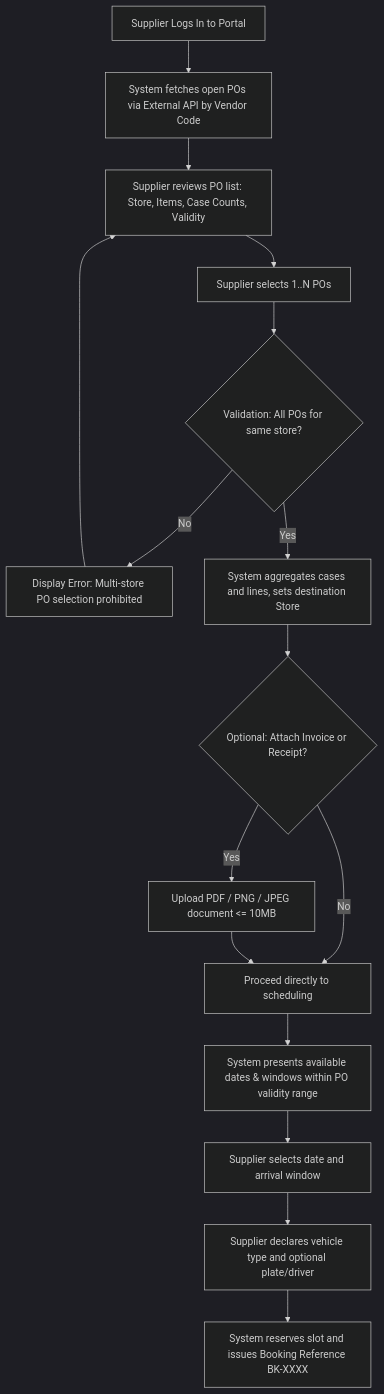
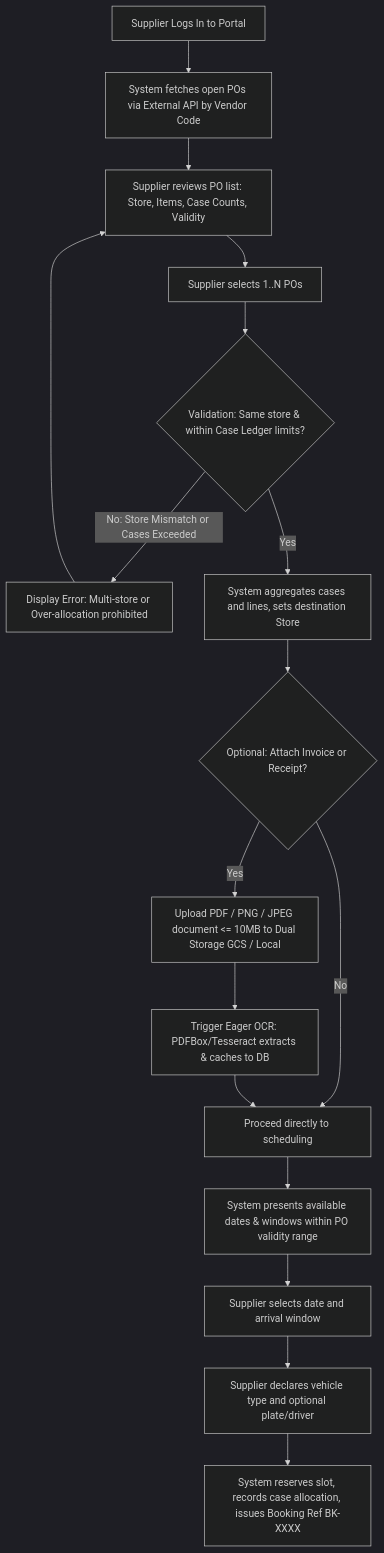
The first of 9 diagrams in docs/VendorLane_PRD_v1.0.md (mikegarcia8748/vendorlane-backend), drawn with Mermaid (dark theme) before and after one commit. The commit also changed other lines of this file, not shown here.

Commit message:
Update VendorLane PRD to v1.4 with stakeholder refinements, enhanced OCR pipeline, dual storage support, and operational account provisioning.

````diff
--- a/docs/VendorLane_PRD_v1.0.md
+++ b/docs/VendorLane_PRD_v1.0.md
@@ -119,18 +160,19 @@
 ```mermaid
 graph TD
   A[Supplier Logs In to Portal] --> B[System fetches open POs via External API by Vendor Code]
   B --> C[Supplier reviews PO list: Store, Items, Case Counts, Validity]
   C --> D[Supplier selects 1..N POs]
-  D --> E{Validation: All POs for same store?}
-  E -->|No| F[Display Error: Multi-store PO selection prohibited]
+  D --> E{Validation: Same store & within Case Ledger limits?}
+  E -->|No: Store Mismatch or Cases Exceeded| F[Display Error: Multi-store or Over-allocation prohibited]
   F --> C
   E -->|Yes| G[System aggregates cases and lines, sets destination Store]
   G --> H{Optional: Attach Invoice or Receipt?}
-  H -->|Yes| I[Upload PDF / PNG / JPEG document <= 10MB]
+  H -->|Yes| I[Upload PDF / PNG / JPEG document <= 10MB to Dual Storage GCS / Local]
+  I --> I2[Trigger Eager OCR: PDFBox/Tesseract extracts & caches to DB]
   H -->|No| J[Proceed directly to scheduling]
-  I --> J
+  I2 --> J
   J --> K[System presents available dates & windows within PO validity range]
   K --> L[Supplier selects date and arrival window]
   L --> M[Supplier declares vehicle type and optional plate/driver]
-  M --> N[System reserves slot and issues Booking Reference BK-XXXX]
+  M --> N[System reserves slot, records case allocation, issues Booking Ref BK-XXXX]
 ```
````
